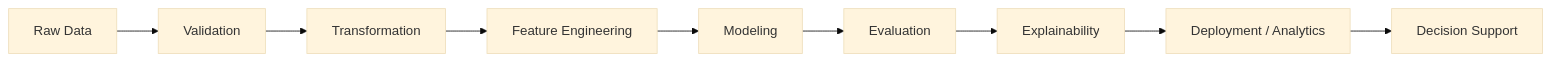
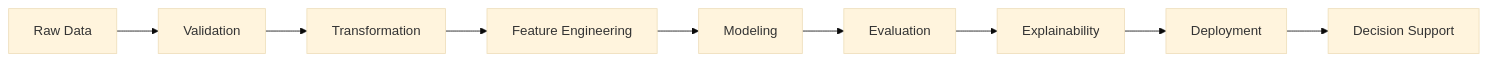
One commit to Nikita3005/Nikita3005 changed the diagram in README.md. Above: the diagram before and after it, drawn with Mermaid (base theme). The commit also changed other lines of this file, not shown here.

````diff
--- a/README.md
+++ b/README.md
@@ -167,11 +184,11 @@
 ```mermaid
 flowchart LR
-    A["Raw Data"] --> B["Validation"]
-    B --> C["Transformation"]
-    C --> D["Feature Engineering"]
-    D --> E["Modeling"]
-    E --> F["Evaluation"]
-    F --> G["Explainability"]
-    G --> H["Deployment / Analytics"]
-    H --> I["Decision Support"]
+    A[Raw Data] --> B[Validation]
+    B --> C[Transformation]
+    C --> D[Feature Engineering]
+    D --> E[Modeling]
+    E --> F[Evaluation]
+    F --> G[Explainability]
+    G --> H[Deployment]
+    H --> I[Decision Support]
 ```
````
